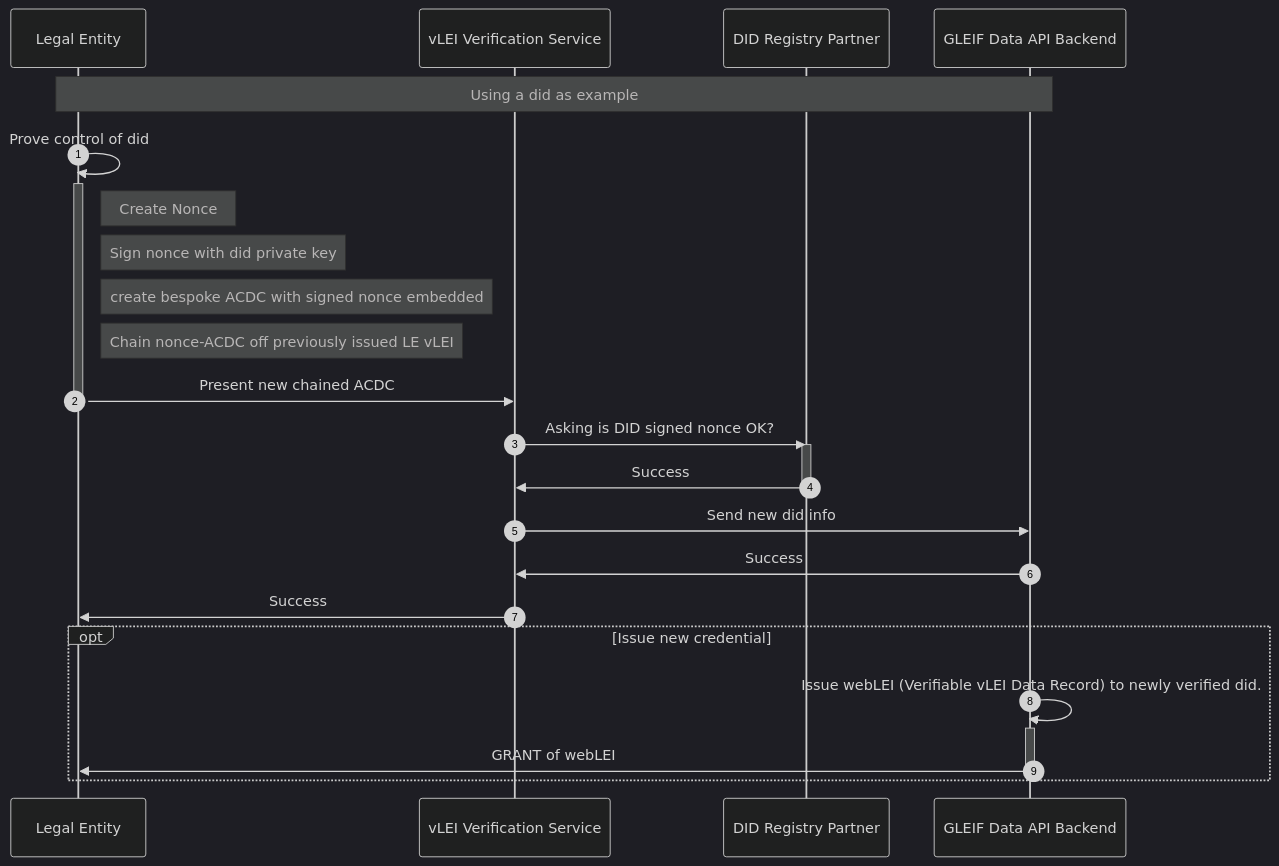
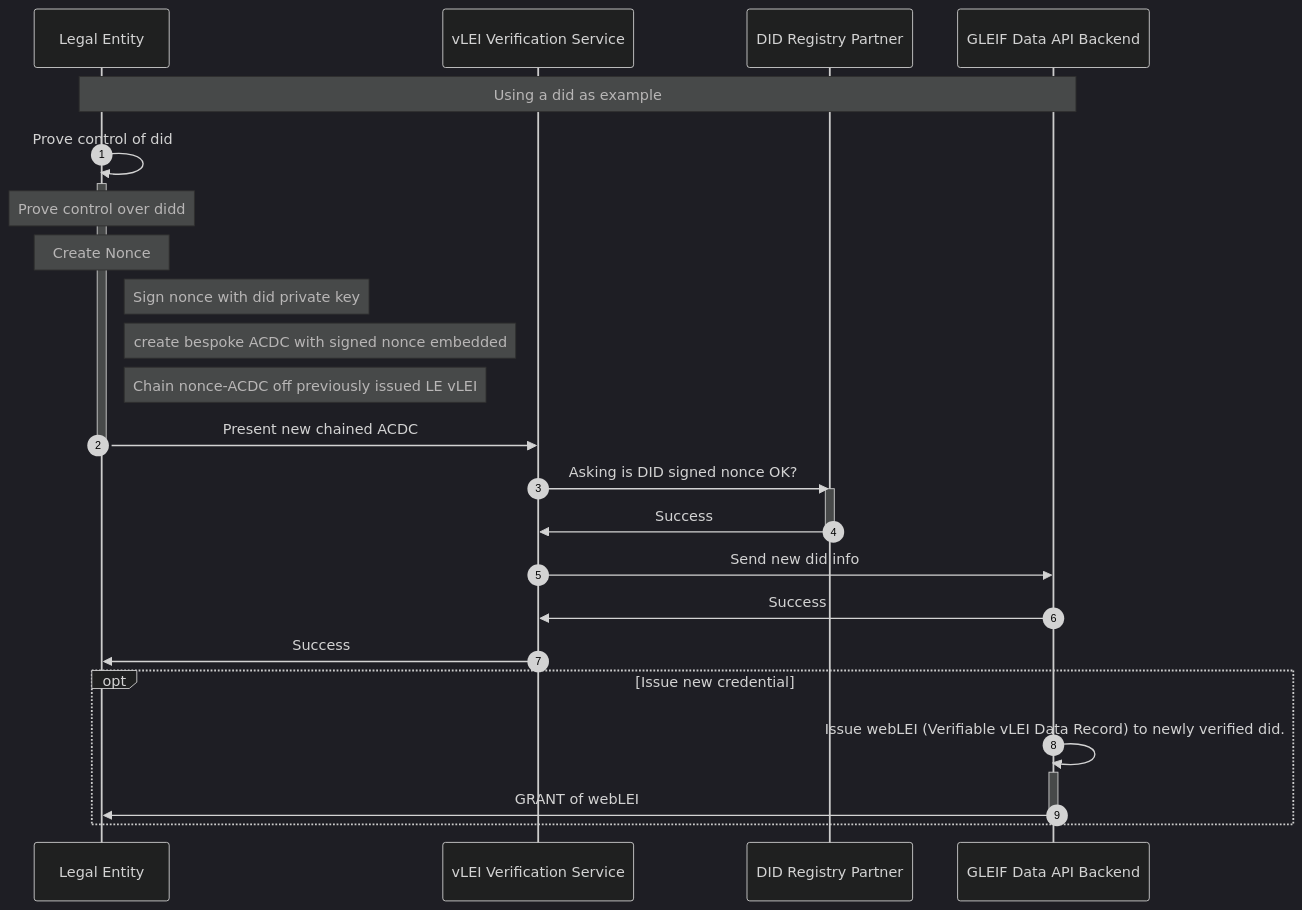
One commit to m00sey/merfolk changed the diagram in add-existing-data-to-vlei.md. Above: the diagram before and after it, drawn with Mermaid (dark theme). The commit also changed 1 other file, not shown here.

Commit message:
minor fixes

````diff
--- a/add-existing-data-to-vlei.md
+++ b/add-existing-data-to-vlei.md
@@ -1,35 +1,37 @@
 ```mermaid
 sequenceDiagram
 autonumber
 
 participant LE as Legal Entity
 participant V as vLEI Verification Service
+links V: {"Verifier": "https://github.com/GLEIF-IT/reg-poc-verifier/"}
 participant D as DID Registry Partner
 participant G as GLEIF Data API Backend
 Note over LE,G: Using a did as example
 
 LE->>LE: Prove control of did
 activate LE
-Note right of LE: Create Nonce
+Note over LE: Prove control over didd
+Note over LE: Create Nonce
 Note right of LE: Sign nonce with did private key
 Note right of LE: create bespoke ACDC with signed nonce embedded
 Note right of LE: Chain nonce-ACDC off previously issued LE vLEI
 LE->>V: Present new chained ACDC
 deactivate LE
 
 V->>D: Asking is DID signed nonce OK?
 activate D
 D->>V: Success
 deactivate D
 
 V->>G: Send new did info
 G->>V: Success
 V->>LE: Success
 
 opt Issue new credential
 G->>G:  Issue webLEI (Verifiable vLEI Data Record) to newly verified did.
 activate G
 G->>LE: GRANT of webLEI
 deactivate G
 end
 ```
````
